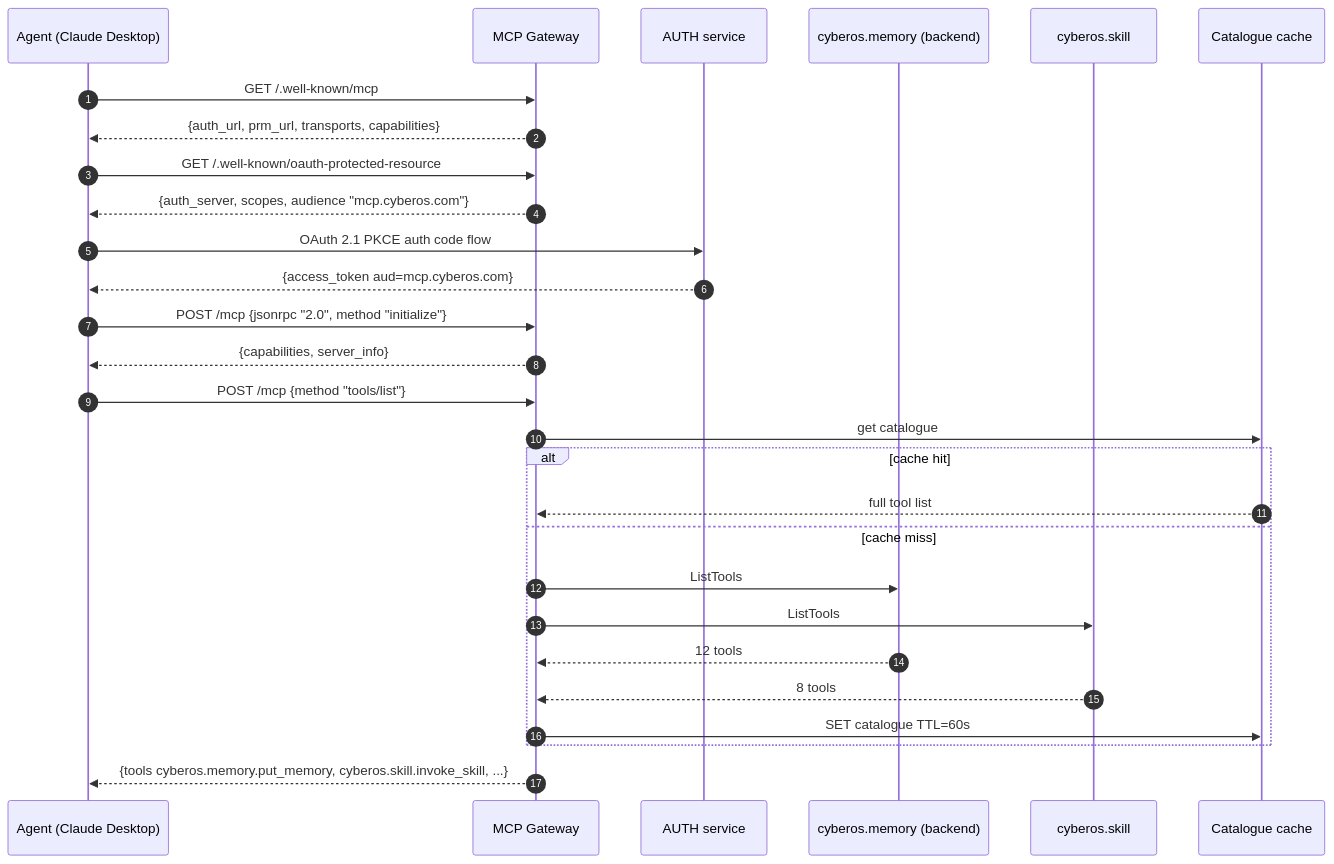
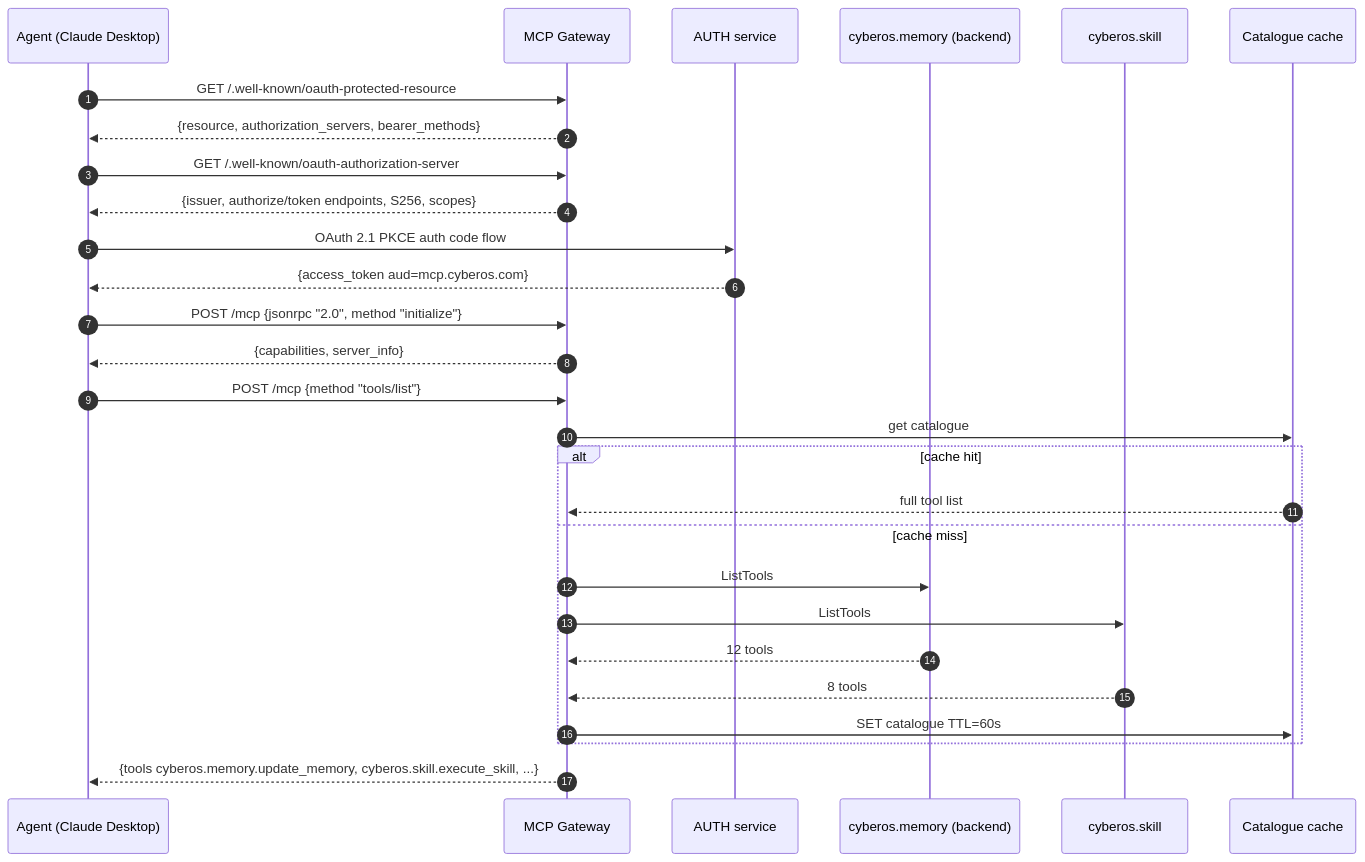
Before and after one commit to cyberskill-official/cyberos: the fifth of 11 diagrams in services/mcp-gateway/docs/index.md, drawn with Mermaid. The commit also changed other lines of this file and 20 other files, not shown here.

Commit message:
docs: apply operator rulings - retarget plugin to shipped, cuo full-title slugs, mcp HTTP transport, portal phase, skill live totals

````diff
--- a/services/mcp-gateway/docs/index.md
+++ b/services/mcp-gateway/docs/index.md
@@ -568,30 +562,30 @@
 ```mermaid
 sequenceDiagram
   autonumber
   participant A as Agent (Claude Desktop)
   participant G as MCP Gateway
   participant AS as AUTH service
   participant BR as cyberos.memory (backend)
   participant SK as cyberos.skill
   participant Cache as Catalogue cache
-  A->>G: GET /.well-known/mcp
-  G-->>A: {auth_url, prm_url, transports, capabilities}
   A->>G: GET /.well-known/oauth-protected-resource
-  G-->>A: {auth_server, scopes, audience "mcp.cyberos.com"}
+  G-->>A: {resource, authorization_servers, bearer_methods}
+  A->>G: GET /.well-known/oauth-authorization-server
+  G-->>A: {issuer, authorize/token endpoints, S256, scopes}
   A->>AS: OAuth 2.1 PKCE auth code flow
   AS-->>A: {access_token aud=mcp.cyberos.com}
   A->>G: POST /mcp {jsonrpc "2.0", method "initialize"}
   G-->>A: {capabilities, server_info}
   A->>G: POST /mcp {method "tools/list"}
   G->>Cache: get catalogue
   alt cache hit
     Cache-->>G: full tool list
   else cache miss
     G->>BR: ListTools
     G->>SK: ListTools
     BR-->>G: 12 tools
     SK-->>G: 8 tools
     G->>Cache: SET catalogue TTL=60s
   end
-  G-->>A: {tools cyberos.memory.put_memory, cyberos.skill.invoke_skill, ...}
+  G-->>A: {tools cyberos.memory.update_memory, cyberos.skill.execute_skill, ...}
 ```
````
